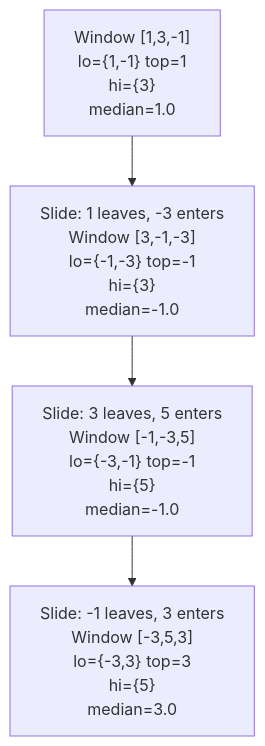
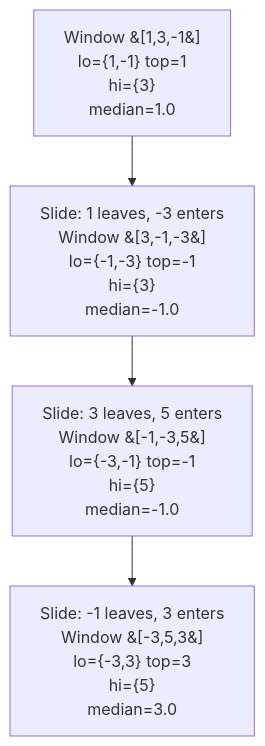
One commit to Aryan-Jadon18/dsa-placement-prep changed the diagram in topics/20-design-advanced-ds/06-sliding-window-median/README.md. Above: the diagram before and after it, drawn with Mermaid. The commit also changed 52 other files, not shown here.

First line of the commit message:
Fix Mermaid diagrams not rendering on GitHub

````diff
--- a/topics/20-design-advanced-ds/06-sliding-window-median/README.md
+++ b/topics/20-design-advanced-ds/06-sliding-window-median/README.md
@@ -52,6 +52,6 @@
 ```mermaid
 flowchart TD
-    A["Window [1,3,-1]<br/>lo={1,-1} top=1<br/>hi={3}<br/>median=1.0"] --> B["Slide: 1 leaves, -3 enters<br/>Window [3,-1,-3]<br/>lo={-1,-3} top=-1<br/>hi={3}<br/>median=-1.0"]
-    B --> C["Slide: 3 leaves, 5 enters<br/>Window [-1,-3,5]<br/>lo={-3,-1} top=-1<br/>hi={5}<br/>median=-1.0"]
-    C --> D["Slide: -1 leaves, 3 enters<br/>Window [-3,5,3]<br/>lo={-3,3} top=3<br/>hi={5}<br/>median=3.0"]
+    A["Window &#91;1,3,-1&#93;<br/>lo={1,-1} top=1<br/>hi={3}<br/>median=1.0"] --> B["Slide: 1 leaves, -3 enters<br/>Window &#91;3,-1,-3&#93;<br/>lo={-1,-3} top=-1<br/>hi={3}<br/>median=-1.0"]
+    B --> C["Slide: 3 leaves, 5 enters<br/>Window &#91;-1,-3,5&#93;<br/>lo={-3,-1} top=-1<br/>hi={5}<br/>median=-1.0"]
+    C --> D["Slide: -1 leaves, 3 enters<br/>Window &#91;-3,5,3&#93;<br/>lo={-3,3} top=3<br/>hi={5}<br/>median=3.0"]
 ```
````
